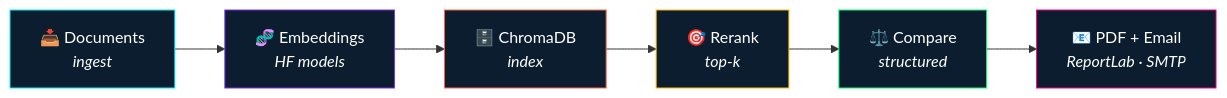
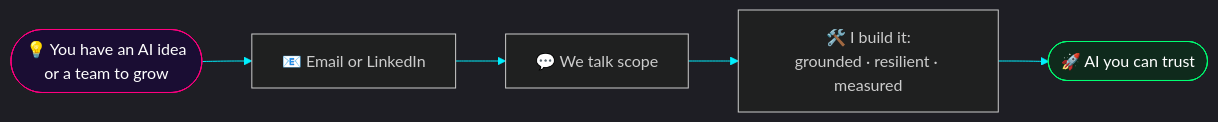
Before and after one commit to Joyboy1492025/Joyboy1492025: the tenth of 10 diagrams in README.md, drawn with Mermaid. The commit also changed other lines of this file, not shown here.

````diff
--- a/README.md
+++ b/README.md
@@ -142,14 +457,10 @@
 ```mermaid
+%%{init: {'theme':'dark','themeVariables':{'primaryColor':'#0b1d2e','primaryTextColor':'#ffffff','primaryBorderColor':'#00ff73','lineColor':'#00f0ff'}}}%%
 flowchart LR
-    A["📥 Documents<br/><i>ingest</i>"] --> B["🧬 Embeddings<br/><i>HF models</i>"]
-    B --> C["🗄️ ChromaDB<br/><i>index</i>"]
-    C --> D["🎯 Rerank<br/><i>top-k</i>"]
-    D --> E["⚖️ Compare<br/><i>structured</i>"]
-    E --> F["📧 PDF + Email<br/><i>ReportLab · SMTP</i>"]
-    style A fill:#0b1d2e,stroke:#00f0ff,color:#fff
-    style B fill:#0b1d2e,stroke:#7b2ff7,color:#fff
-    style C fill:#0b1d2e,stroke:#ff6446,color:#fff
-    style D fill:#0b1d2e,stroke:#ffb800,color:#fff
-    style E fill:#0b1d2e,stroke:#00ff73,color:#fff
-    style F fill:#0b1d2e,stroke:#ff007f,color:#fff
+    A(["💡 You have an AI idea<br/>or a team to grow"]) --> B["📧 Email or LinkedIn"]
+    B --> C["💬 We talk scope"]
+    C --> D["🛠️ I build it:<br/>grounded · resilient · measured"]
+    D --> E(["🚀 AI you can trust"])
+    style A fill:#1a0d33,stroke:#ff007f,color:#fff
+    style E fill:#0f2a1c,stroke:#00ff73,color:#fff
 ```
````
